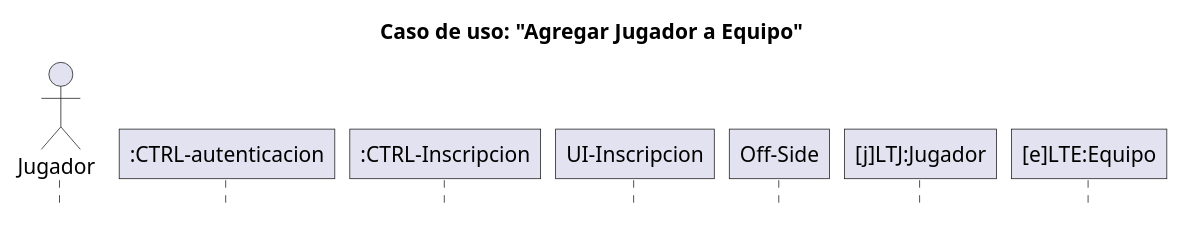
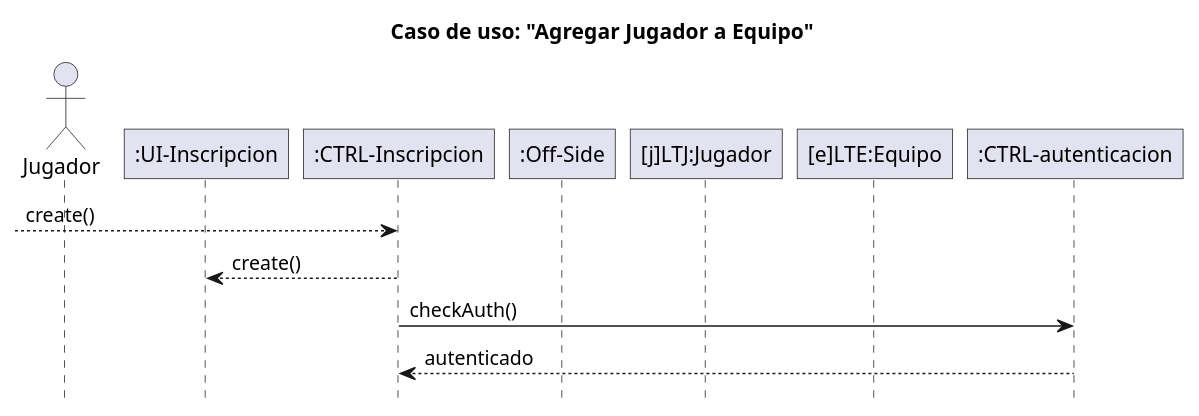
Before and after one commit to Z0SO/UML-Practice: the second of 2 diagrams in Modelos parciales/modelo 2.md, drawn with PlantUML. The commit also changed 1 other file, not shown here.

Commit message:
bkp -> 2024-07-03 14:58:19

````diff
--- a/Modelos parciales/modelo 2.md
+++ b/Modelos parciales/modelo 2.md
@@ -127,29 +127,47 @@
 ```plantuml
 @startuml
 
 hide footbox
 
 skinparam participant {
   RoundCorner 0
 }
 
+title Caso de uso: "Agregar Jugador a Equipo"
+
 
 actor "Jugador" as jugador
 
-participant ":CTRL-autenticacion" as auth
+participant ":UI-Inscripcion" as ui
 
 participant ":CTRL-Inscripcion" as controlador
+controlador <---[: create()
 
-participant "UI-Inscripcion" as ui
 
-participant "Off-Side" as sistema
+participant ":Off-Side" as sistema
 
 participant "[j]LTJ:Jugador" as jugadorLTJ
 
 participant "[e]LTE:Equipo" as equipoLTE
 
 
-title Caso de uso: "Agregar Jugador a Equipo"
+participant ":CTRL-autenticacion" as auth
+
+
+controlador --> ui : create()
+
+
+' el jugador debe estar autenticado
+
+controlador -> auth : checkAuth()
+auth --> controlador : autenticado
+
+
+
+
+
+
+
 
 @enduml
 ```
````
